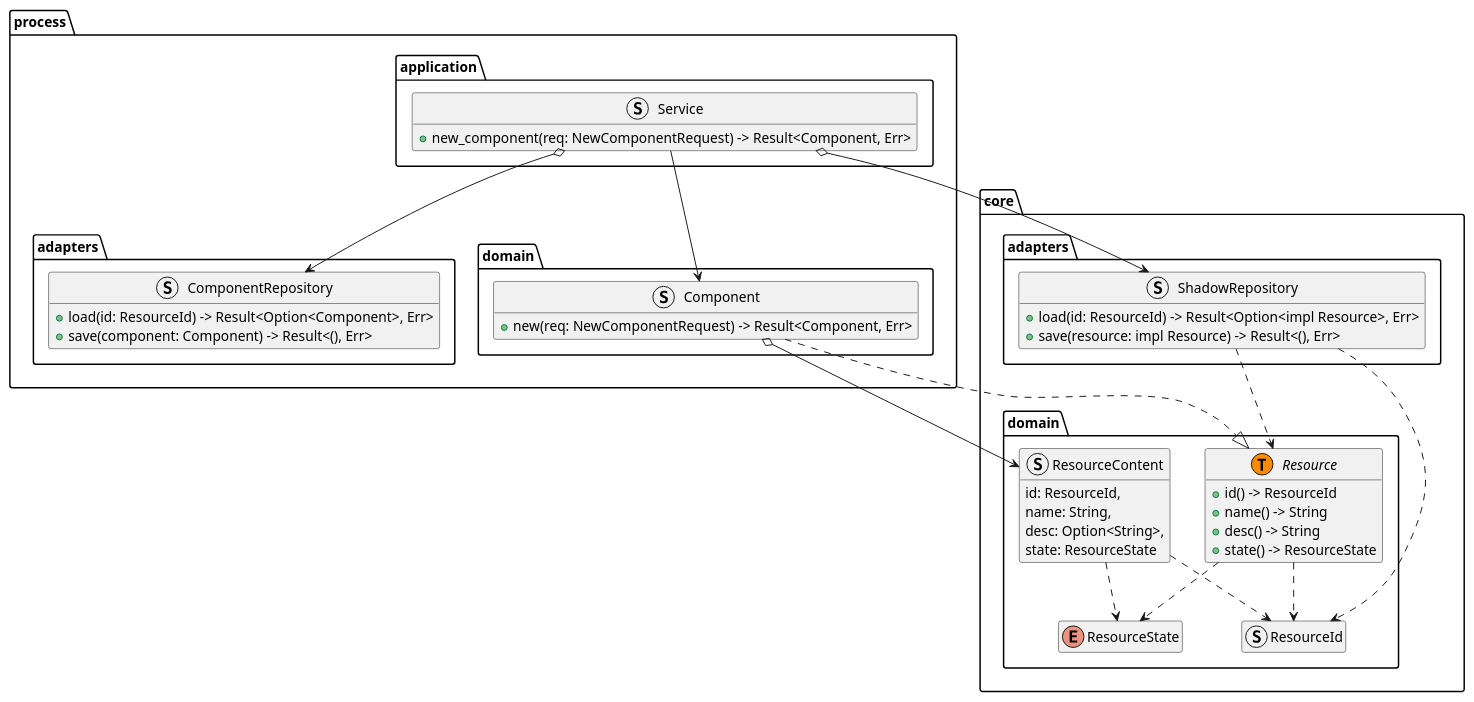
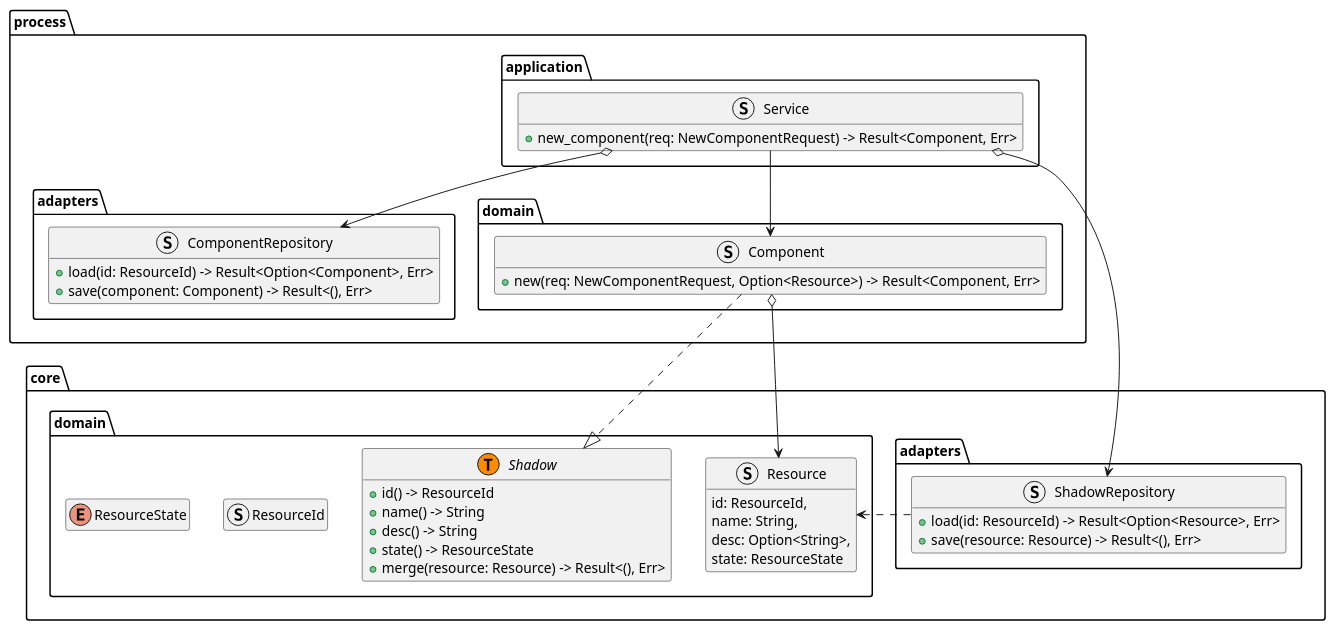
One commit to onouv/fscl changed the diagram in doc/rust-impl/shadow-model/overview.puml. Above: the diagram before and after it, drawn with PlantUML. The commit also changed 8 other files, not shown here.

Commit message:
doc: create element/ updating client and service sdl diagrams, updating data-management-concept

```diff
--- a/doc/rust-impl/shadow-model/overview.puml
+++ b/doc/rust-impl/shadow-model/overview.puml
@@ -1,69 +1,66 @@
-@startuml
+@startuml overview
 hide empty members
 package core {
-    package adapters {
-        struct ShadowRepository {
-            + load(id: ResourceId) -> Result<Option<impl Resource>, Err>
-            + save(resource: impl Resource) -> Result<(), Err>
-        }
-    }
+    
 
     package domain {
         
-        struct ResourceContent {
+        struct Resource{
             id: ResourceId,
             name: String,
             desc: Option<String>,
             state: ResourceState
         }
-        interface Resource << (T,Darkorange) >> {
+        interface Shadow << (T,Darkorange) >> {
             + id() -> ResourceId
             + name() -> String
             + desc() -> String
             + state() -> ResourceState
+            + merge(resource: Resource) -> Result<(), Err>
         }
         struct ResourceId
         enum ResourceState
 
-        ResourceContent ..> ResourceId
-        ResourceContent ..> ResourceState
-        Resource ..> ResourceId
-        Resource ..> ResourceState
+            }
+    
+    package adapters {
+        struct ShadowRepository {
+            + load(id: ResourceId) -> Result<Option<Resource>, Err>
+            + save(resource: Resource) -> Result<(), Err>
+        }
     }
-
-    ShadowRepository ..> ResourceId
-    ShadowRepository ..> Resource
+    ShadowRepository .left.> Resource
 }
 
 
 package process {
     package adapters {
         struct ComponentRepository {
             + load(id: ResourceId) -> Result<Option<Component>, Err>
             + save(component: Component) -> Result<(), Err>
         }
     }
 
     package application {
         struct Service {
             + new_component(req: NewComponentRequest) -> Result<Component, Err>
         }
     }
 
     package domain {
         struct Component {
-            + new(req: NewComponentRequest) -> Result<Component, Err> 
+            + new(req: NewComponentRequest, Option<Resource>) -> Result<Component, Err> 
         } 
 
-        Component o--> ResourceContent
-        Component ..|> Resource
+        Component o--> Resource
+        Component ..|> Shadow
     }
 
     Service o--> ComponentRepository
     Service o--> ShadowRepository
     Service --> Component
 }
 
 
 
 @enduml
```
